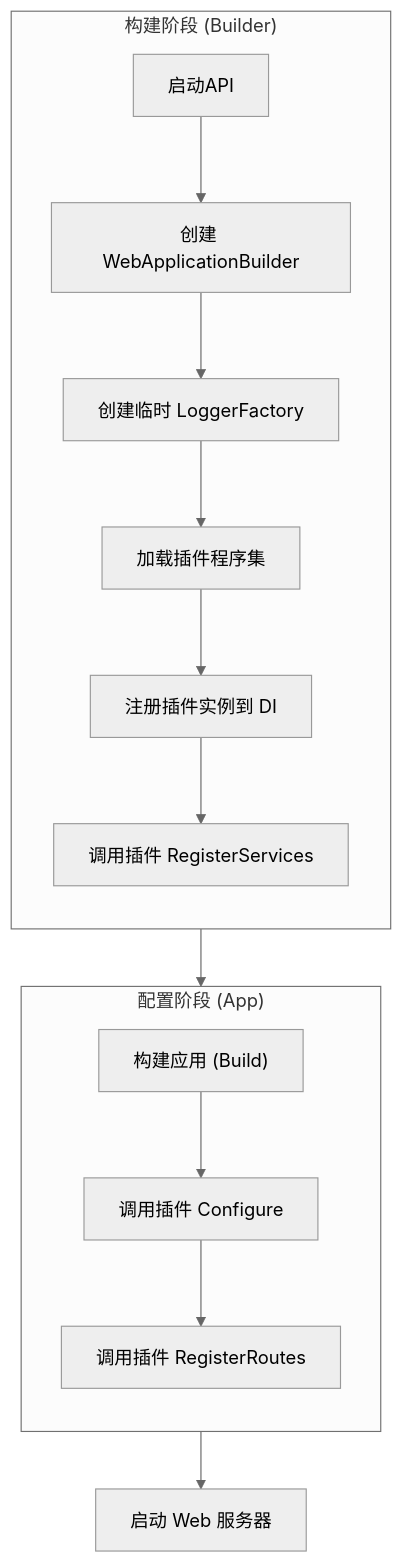
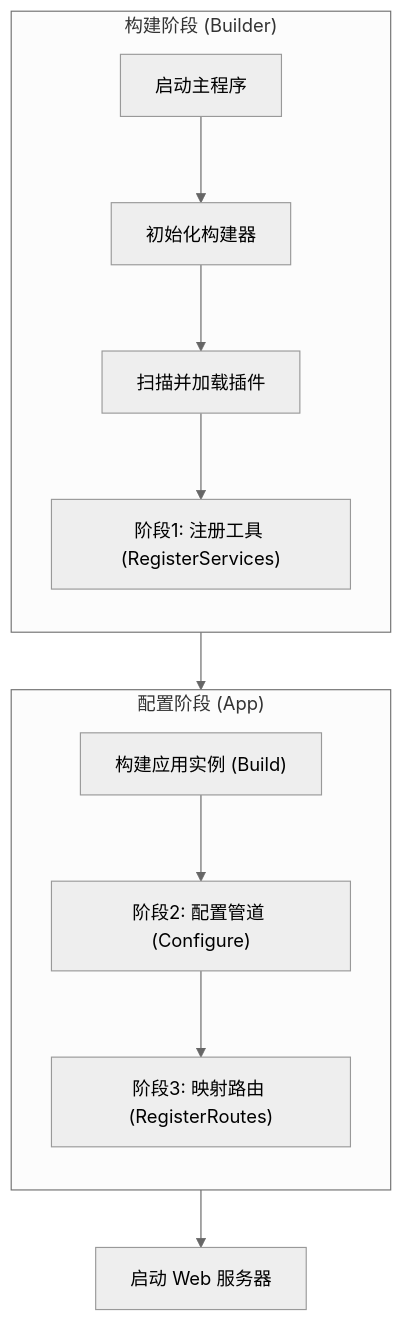
One commit to bleuvenomy/sharwapi_docs changed the diagram in architecture/overview.md. Above: the diagram before and after it, drawn with Mermaid (neutral theme). The commit also changed other lines of this file and 15 other files, not shown here.

````diff
--- a/architecture/overview.md
+++ b/architecture/overview.md
@@ -59,21 +50,19 @@
 ```mermaid
 graph TD
     subgraph BuilderPhase ["构建阶段 (Builder)"]
         direction TB
-        Start[启动API] --> CreateWAB[创建 WebApplicationBuilder]
-        CreateWAB --> CreateLF[创建临时 LoggerFactory]
-        CreateLF --> LoadPlugin[加载插件程序集]
-        LoadPlugin --> AddSingleton[注册插件实例到 DI]
-        AddSingleton --> RegisterServices[调用插件 RegisterServices]
+        Start[启动主程序] --> CreateWAB[初始化构建器]
+        CreateWAB --> LoadPlugin[扫描并加载插件]
+        LoadPlugin --> RegisterServices["阶段1: 注册工具 (RegisterServices)"]
     end
 
-    RegisterServices --> BuildWAB["构建应用 (Build)"]
+    RegisterServices --> BuildWAB["构建应用实例 (Build)"]
 
     subgraph AppPhase ["配置阶段 (App)"]
         direction TB
-        BuildWAB --> Configure[调用插件 Configure]
-        Configure --> RegisterRoutes[调用插件 RegisterRoutes]
+        BuildWAB --> Configure["阶段2: 配置管道 (Configure)"]
+        Configure --> RegisterRoutes["阶段3: 映射路由 (RegisterRoutes)"]
     end
 
     RegisterRoutes --> AppRun[启动 Web 服务器]
 ```
````
